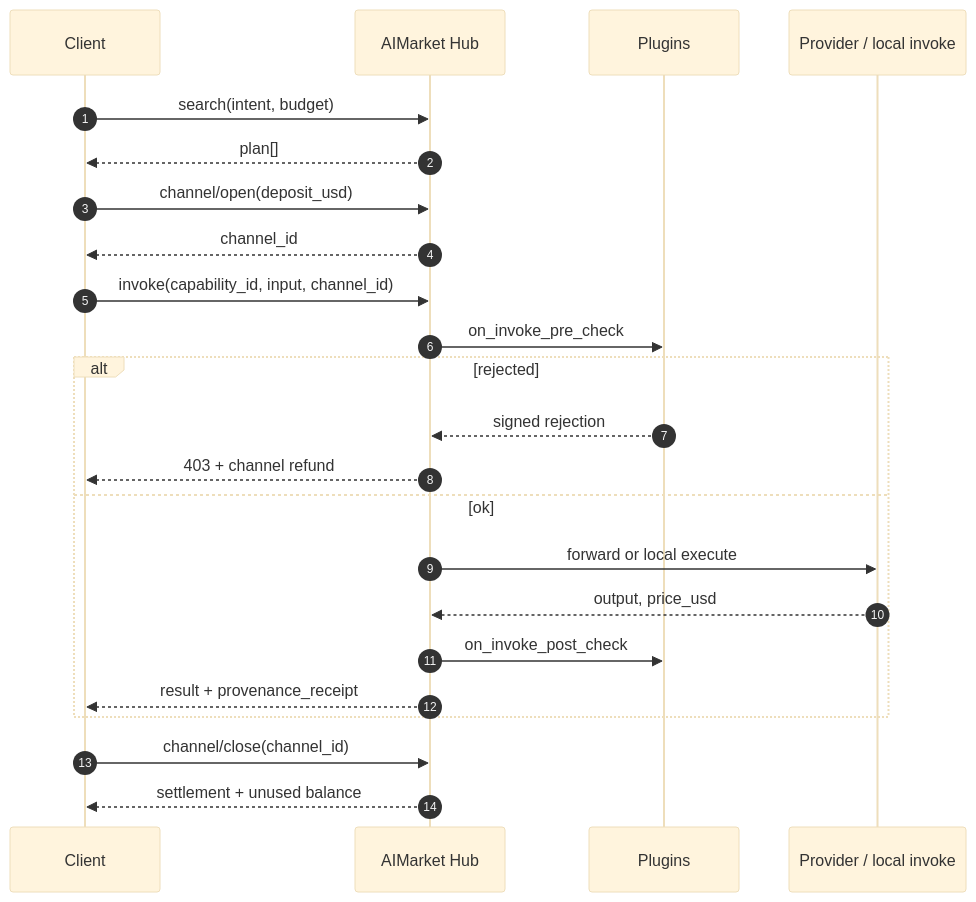
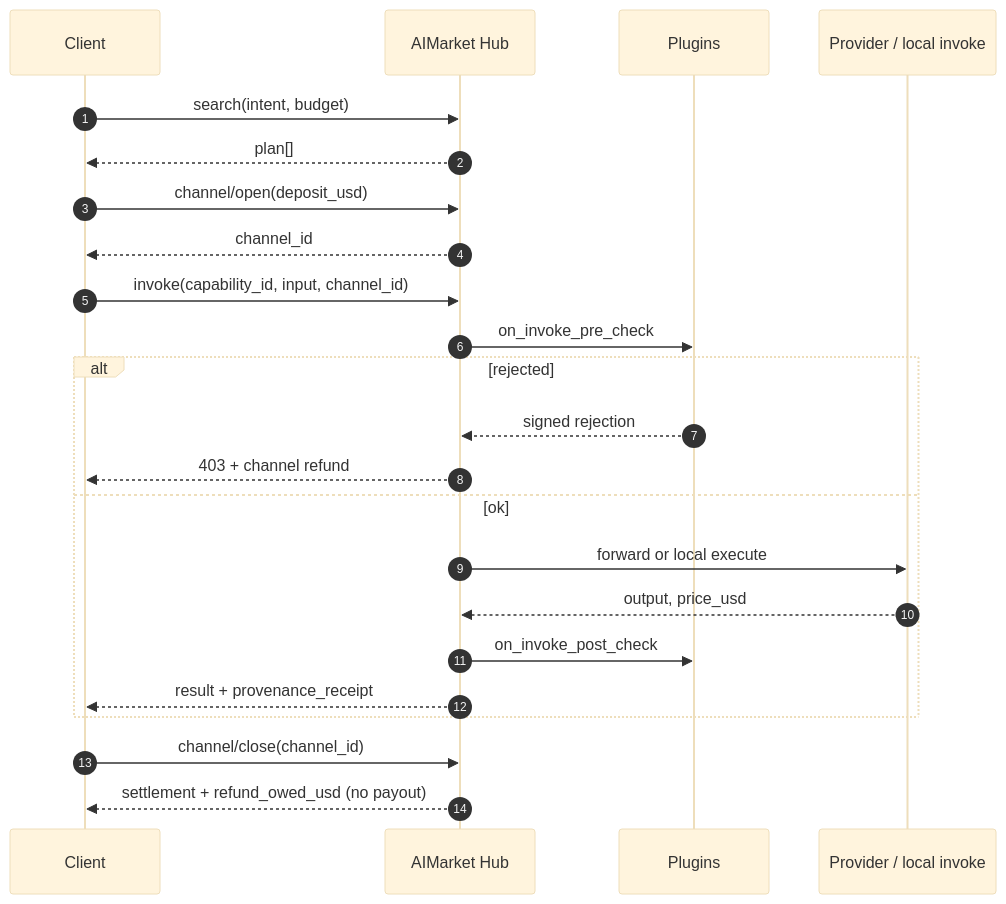
Before and after one commit to alexar76/aimarket-hub: the fourth of 7 diagrams in README.md, drawn with Mermaid (base theme). The commit also changed other lines of this file and 47 other files, not shown here.

````diff
--- a/README.md
+++ b/README.md
@@ -385,29 +385,29 @@
 ```mermaid
 sequenceDiagram
   autonumber
   participant Client
   participant Hub as AIMarket Hub
   participant Plugins
   participant Target as Provider / local invoke
 
   Client->>Hub: search(intent, budget)
   Hub-->>Client: plan[]
 
   Client->>Hub: channel/open(deposit_usd)
   Hub-->>Client: channel_id
 
   Client->>Hub: invoke(capability_id, input, channel_id)
   Hub->>Plugins: on_invoke_pre_check
   alt rejected
     Plugins-->>Hub: signed rejection
     Hub-->>Client: 403 + channel refund
   else ok
     Hub->>Target: forward or local execute
     Target-->>Hub: output, price_usd
     Hub->>Plugins: on_invoke_post_check
     Hub-->>Client: result + provenance_receipt
   end
 
   Client->>Hub: channel/close(channel_id)
-  Hub-->>Client: settlement + unused balance
+  Hub-->>Client: settlement + refund_owed_usd (no payout)
 ```
````
